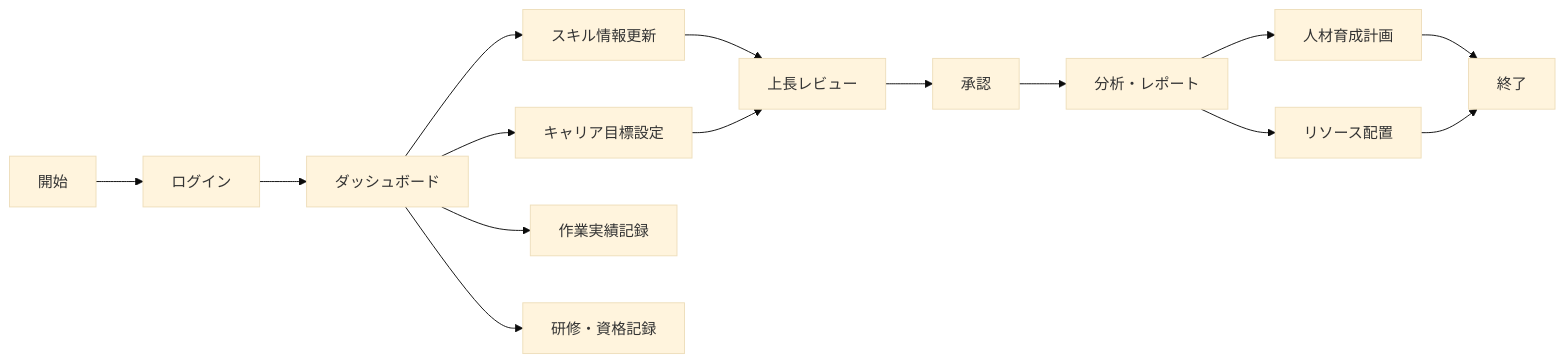
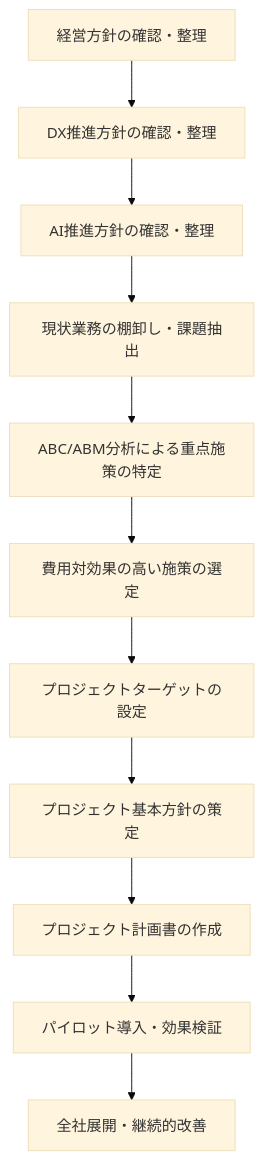
One commit to sas-dx/skill-report-web changed the diagram in プロジェクト基本情報_改訂版.md. Above: the diagram before and after it, drawn with Mermaid (base theme). The commit also changed other lines of this file and 2 other files, not shown here.

````diff
--- a/プロジェクト基本情報_改訂版.md
+++ b/プロジェクト基本情報_改訂版.md
@@ -179,17 +10,35 @@
 ```mermaid
-graph LR
-    Start[開始] --> Login[ログイン]
-    Login --> Dashboard[ダッシュボード]
-    Dashboard --> SkillUpdate[スキル情報更新]
-    Dashboard --> CareerGoal[キャリア目標設定]
-    Dashboard --> WorkRecord[作業実績記録]
-    Dashboard --> TrainingRecord[研修・資格記録]
-    SkillUpdate --> Review[上長レビュー]
-    CareerGoal --> Review
-    Review --> Approval[承認]
-    Approval --> Analysis[分析・レポート]
-    Analysis --> HRPlanning[人材育成計画]
-    Analysis --> ResourceAllocation[リソース配置]
-    HRPlanning --> End[終了]
-    ResourceAllocation --> End
+flowchart TD
+  A[経営方針の確認・整理]
+  B[DX推進方針の確認・整理]
+  C[AI推進方針の確認・整理]
+  D[現状業務の棚卸し・課題抽出]
+  E[ABC/ABM分析による重点施策の特定]
+  F[費用対効果の高い施策の選定]
+  G[プロジェクトターゲットの設定]
+  H[プロジェクト基本方針の策定]
+  I[プロジェクト計画書の作成]
+  J[パイロット導入・効果検証]
+  K[全社展開・継続的改善]
+
+  %% 経営方針からDX方針へ
+  A --> B
+  %% DX方針からAI推進方針へ
+  B --> C
+  %% AI推進方針から現状業務分析へ
+  C --> D
+  %% 業務棚卸しからABC/ABM分析へ
+  D --> E
+  %% ABC/ABM分析から施策選定へ
+  E --> F
+  %% 施策選定からターゲット設定へ
+  F --> G
+  %% ターゲット設定から基本方針策定へ
+  G --> H
+  %% 基本方針から計画書作成へ
+  H --> I
+  %% 計画書からパイロット導入へ
+  I --> J
+  %% パイロット導入から全社展開へ
+  J --> K
 ```
````
